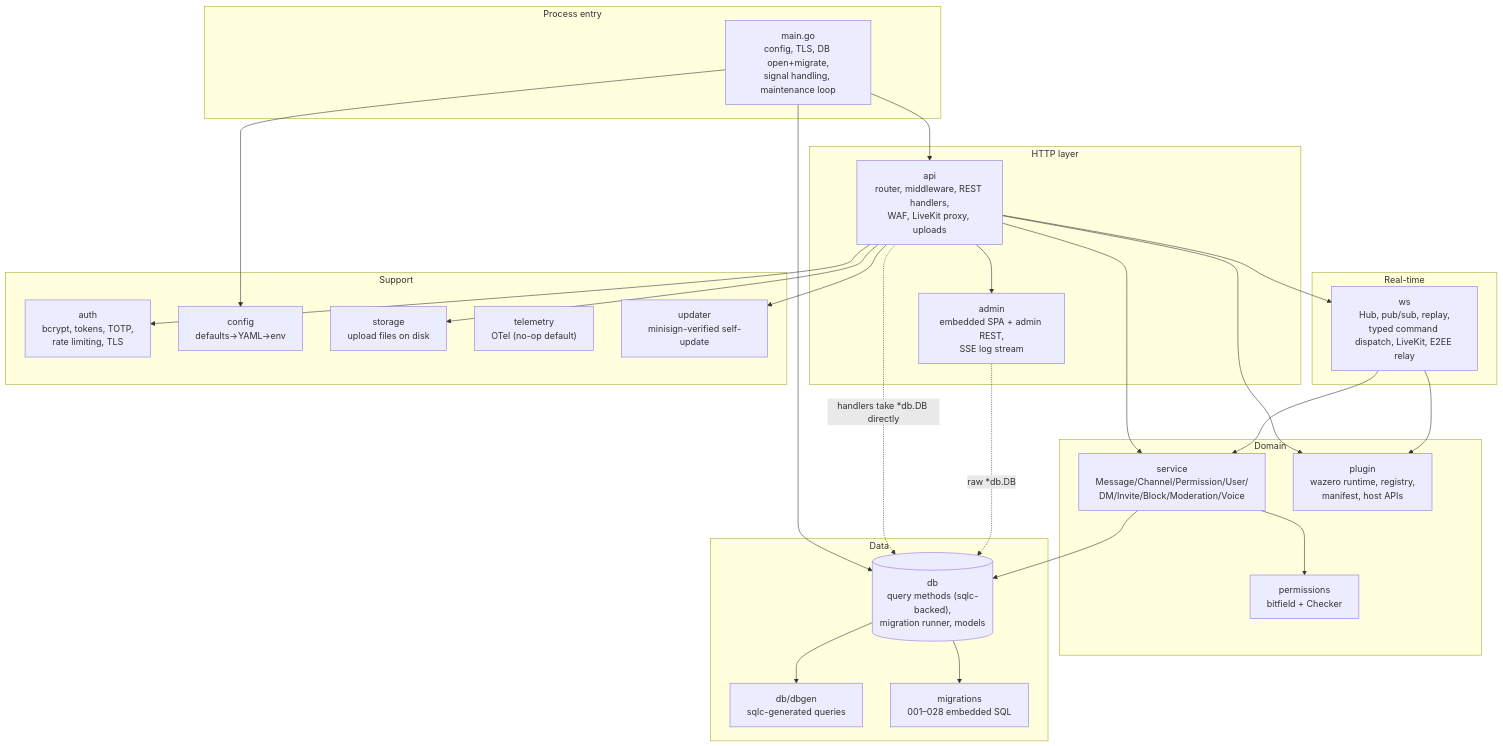
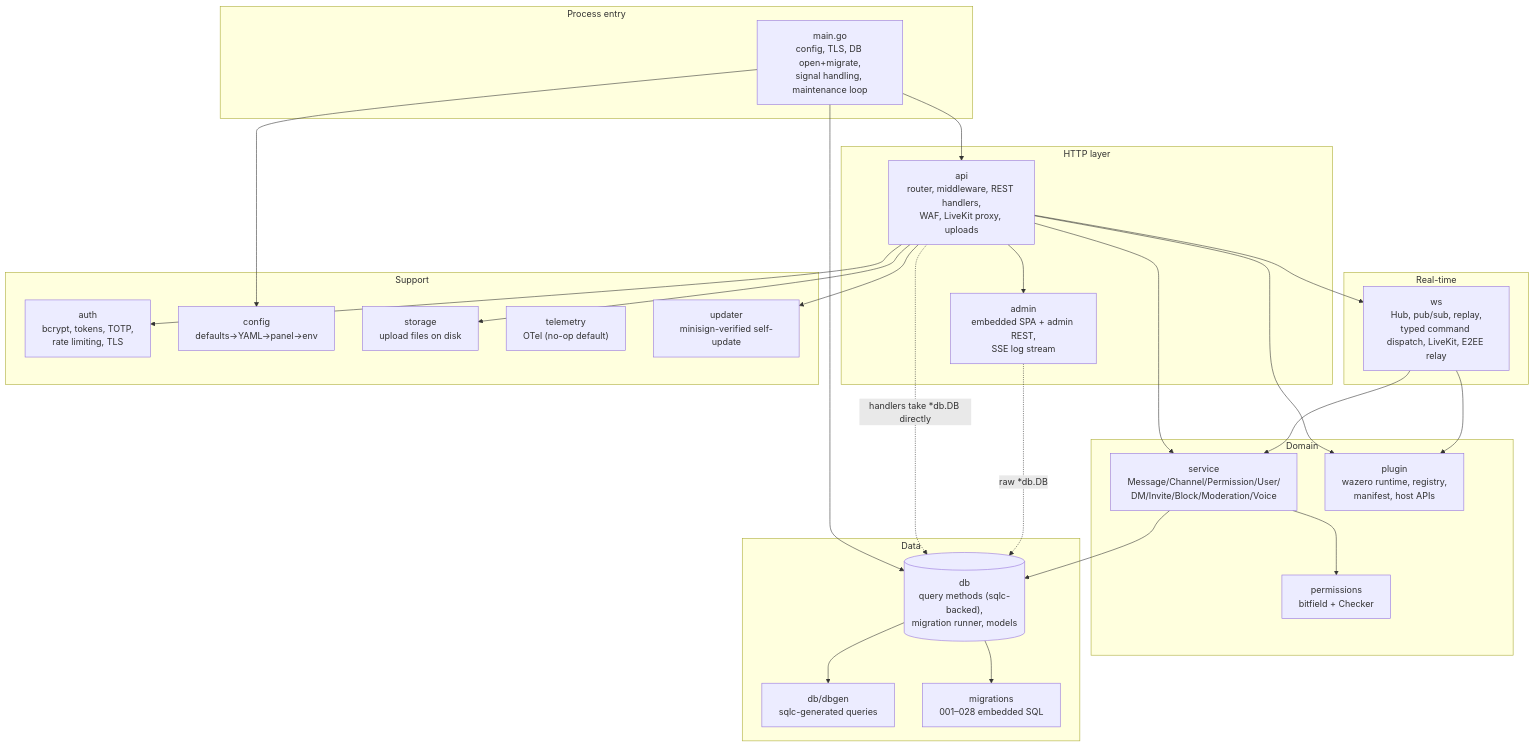
The first of 2 diagrams in docs/architecture/server.md (J3vb/OwnCord), drawn with Mermaid before and after one commit. The commit also changed 258 other files, not shown here.

````diff
--- a/docs/architecture/server.md
+++ b/docs/architecture/server.md
@@ -17,56 +17,56 @@
 ```mermaid
 flowchart TB
     subgraph entry ["Process entry"]
         MAIN["main.go<br/>config, TLS, DB open+migrate,<br/>signal handling, maintenance loop"]
     end
 
     subgraph http ["HTTP layer"]
         API["api<br/>router, middleware, REST handlers,<br/>WAF, LiveKit proxy, uploads"]
         ADMIN["admin<br/>embedded SPA + admin REST,<br/>SSE log stream"]
     end
 
     subgraph realtime ["Real-time"]
         WS["ws<br/>Hub, pub/sub, replay,<br/>typed command dispatch, LiveKit, E2EE relay"]
     end
 
     subgraph domain ["Domain"]
         SVC["service<br/>Message/Channel/Permission/User/<br/>DM/Invite/Block/Moderation/Voice"]
         PERM["permissions<br/>bitfield + Checker"]
         PLUGIN["plugin<br/>wazero runtime, registry,<br/>manifest, host APIs"]
     end
 
     subgraph data ["Data"]
         DB[("db<br/>query methods (sqlc-backed),<br/>migration runner, models")]
         DBGEN["db/dbgen<br/>sqlc-generated queries"]
         MIG["migrations<br/>001–028 embedded SQL"]
     end
 
     subgraph support ["Support"]
         AUTH["auth<br/>bcrypt, tokens, TOTP,<br/>rate limiting, TLS"]
-        CFG["config<br/>defaults→YAML→env"]
+        CFG["config<br/>defaults→YAML→panel→env"]
         STORAGE["storage<br/>upload files on disk"]
         TEL["telemetry<br/>OTel (no-op default)"]
         UPD["updater<br/>minisign-verified self-update"]
     end
 
     MAIN --> CFG
     MAIN --> API
     MAIN --> DB
     API --> ADMIN
     API --> WS
     API --> SVC
     API --> AUTH
     API --> STORAGE
     API --> UPD
     API --> PLUGIN
     SVC --> DB
     SVC --> PERM
     DB --> DBGEN
     DB --> MIG
     WS --> SVC
     WS --> PLUGIN
 
     %% Residual layering seam (dashed): raw *db.DB used above the service layer
     API -.->|"handlers take *db.DB directly"| DB
     ADMIN -.->|"raw *db.DB"| DB
 ```
````
